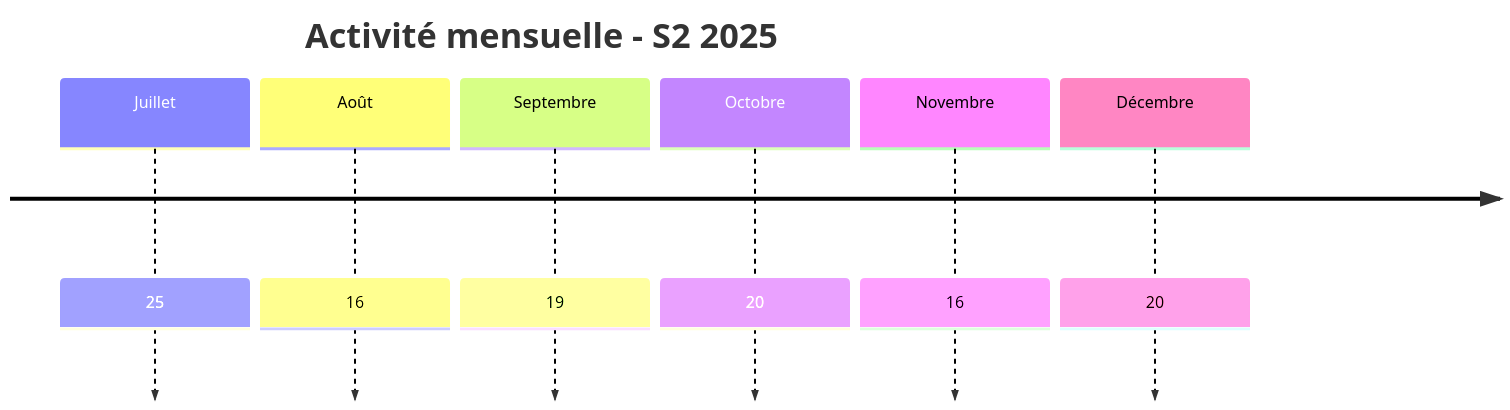
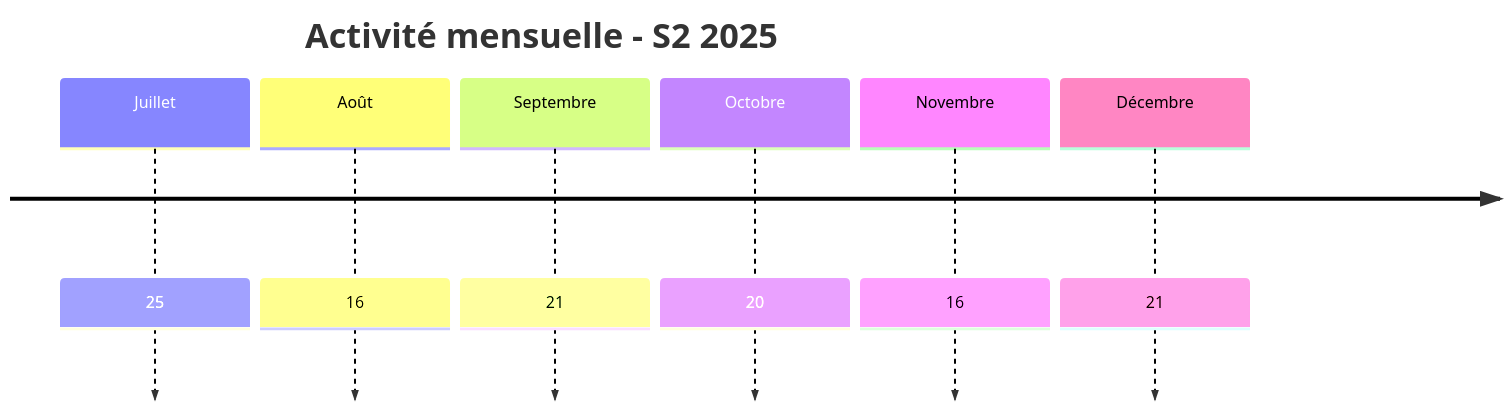
Before and after one commit to Hatchepsoute/AFRINTEL: the first of 2 diagrams in CyberAttackAfrica/2025/README_H2_FR.md, drawn with Mermaid. The commit also changed other lines of this file and 1034 other files, not shown here.

````diff
--- a/CyberAttackAfrica/2025/README_H2_FR.md
+++ b/CyberAttackAfrica/2025/README_H2_FR.md
@@ -96,10 +96,10 @@
 ```mermaid
 timeline
     title Activité mensuelle - S2 2025
     Juillet : 25
     Août : 16
-    Septembre : 19
+    Septembre : 21
     Octobre : 20
     Novembre : 16
-    Décembre : 20
+    Décembre : 21
 ```
````
